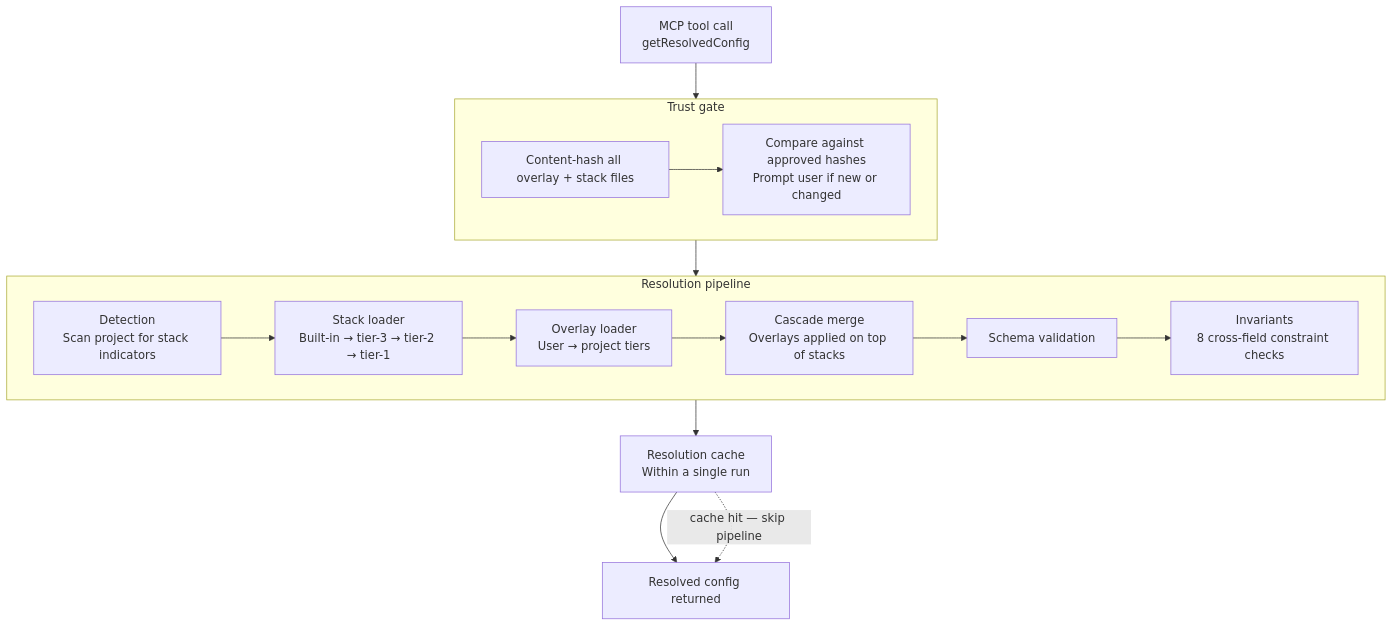
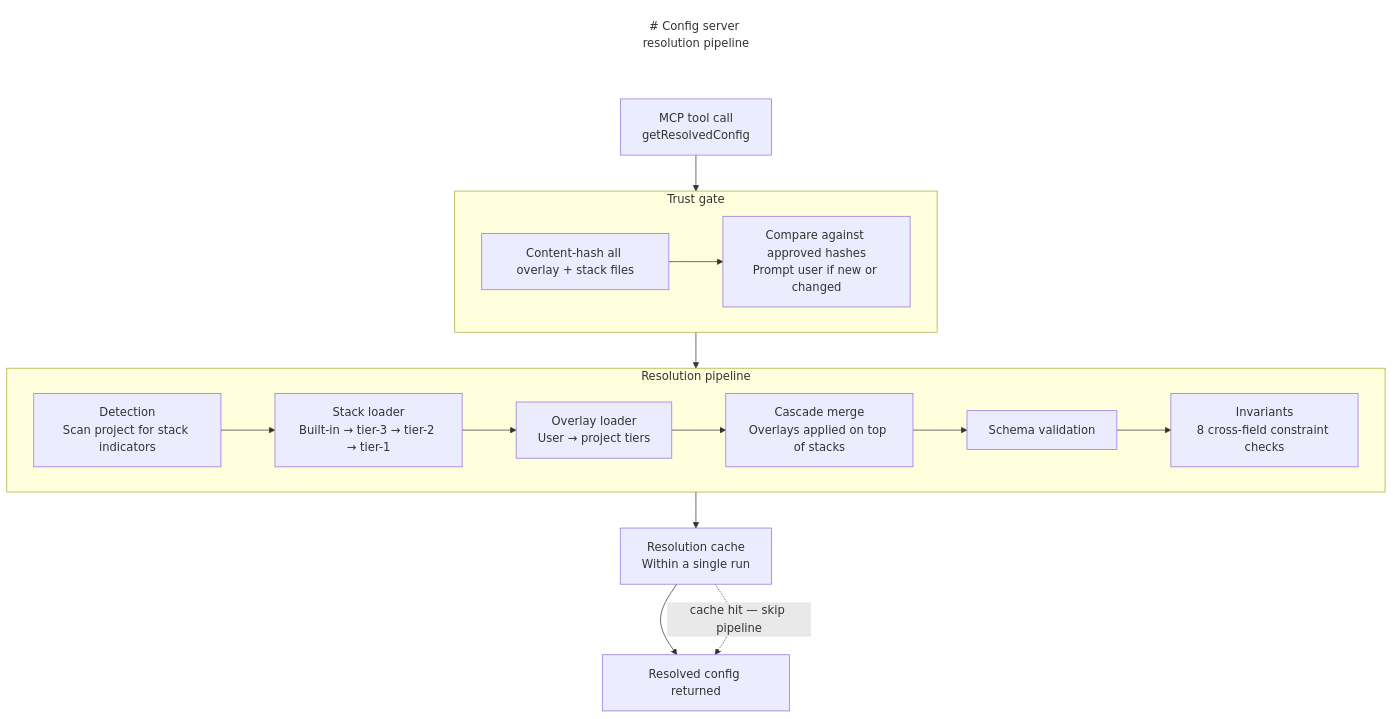
Before and after one commit to Thomas-AppForceOne/ClaudeAgents: the third of 5 diagrams in documentation/subsystem-architecture.md, drawn with Mermaid. The commit also changed other lines of this file, not shown here.

First line of the commit message:
docs: restore in-diagram titles using backtick markdown nodes, fix sequence note

````diff
--- a/documentation/subsystem-architecture.md
+++ b/documentation/subsystem-architecture.md
@@ -116,26 +123,30 @@
 ```mermaid
 flowchart TD
+    TITLE["`# Config server resolution pipeline`"]
+    style TITLE fill:none,stroke:none
+
     IN["MCP tool call\ngetResolvedConfig"]
 
     subgraph TG["Trust gate"]
         HC["Content-hash all overlay + stack files"]
         TP["Compare against approved hashes\nPrompt user if new or changed"]
         HC --> TP
     end
 
     subgraph RP["Resolution pipeline"]
         DT["Detection\nScan project for stack indicators"]
         SL["Stack loader\nBuilt-in → tier-3 → tier-2 → tier-1"]
         OL["Overlay loader\nUser → project tiers"]
         CM["Cascade merge\nOverlays applied on top of stacks"]
         SV["Schema validation"]
         IV["Invariants\n8 cross-field constraint checks"]
         DT --> SL --> OL --> CM --> SV --> IV
     end
 
     CA["Resolution cache\nWithin a single run"]
     OUT["Resolved config returned"]
 
+    TITLE ~~~ IN
     IN --> TG --> RP --> CA --> OUT
     CA -.->|"cache hit — skip pipeline"| OUT
 ```
````
